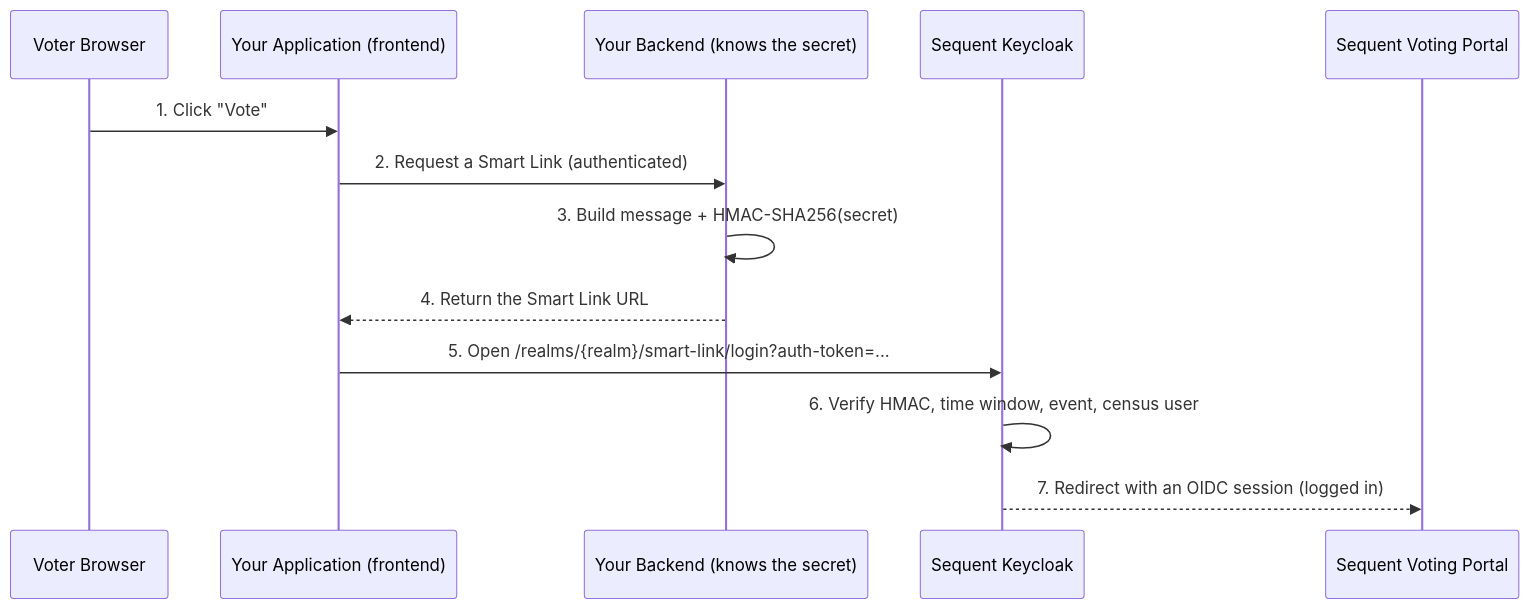
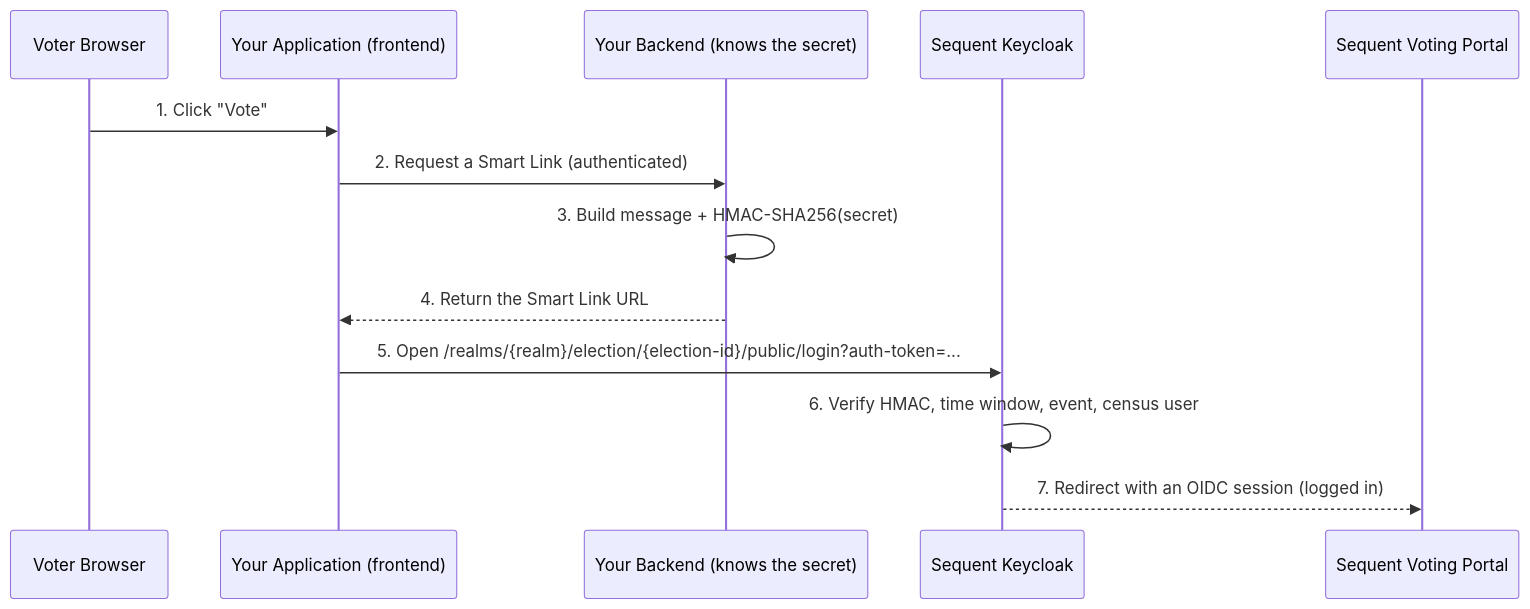
Before and after one commit to sequentech/step: the diagram in docs/docusaurus/docs/integrations/smart_link_integration_guide.md, drawn with Mermaid. The commit also changed other lines of this file and 24 other files, not shown here.

````diff
--- a/docs/docusaurus/docs/integrations/smart_link_integration_guide.md
+++ b/docs/docusaurus/docs/integrations/smart_link_integration_guide.md
@@ -41,16 +41,16 @@
 ```mermaid
 sequenceDiagram
     participant Voter as Voter Browser
     participant App as Your Application (frontend)
     participant Backend as Your Backend (knows the secret)
     participant KC as Sequent Keycloak
     participant Portal as Sequent Voting Portal
 
     Voter->>App: 1. Click "Vote"
     App->>Backend: 2. Request a Smart Link (authenticated)
     Backend->>Backend: 3. Build message + HMAC-SHA256(secret)
     Backend-->>App: 4. Return the Smart Link URL
-    App->>KC: 5. Open /realms/{realm}/smart-link/login?auth-token=...
+    App->>KC: 5. Open /realms/{realm}/election/{election-id}/public/login?auth-token=...
     KC->>KC: 6. Verify HMAC, time window, event, census user
     KC-->>Portal: 7. Redirect with an OIDC session (logged in)
 ```
````
